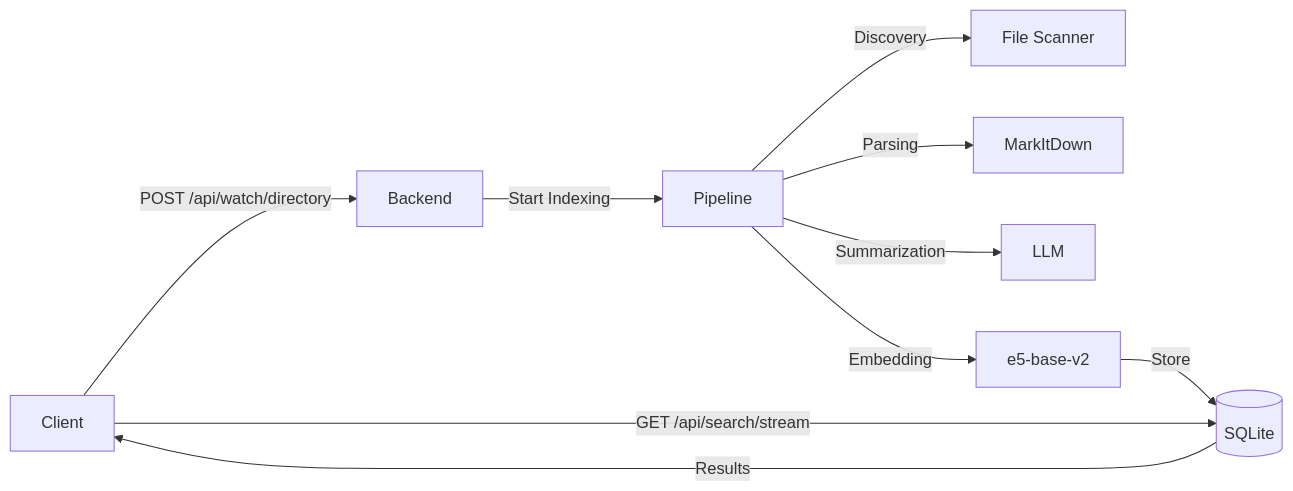
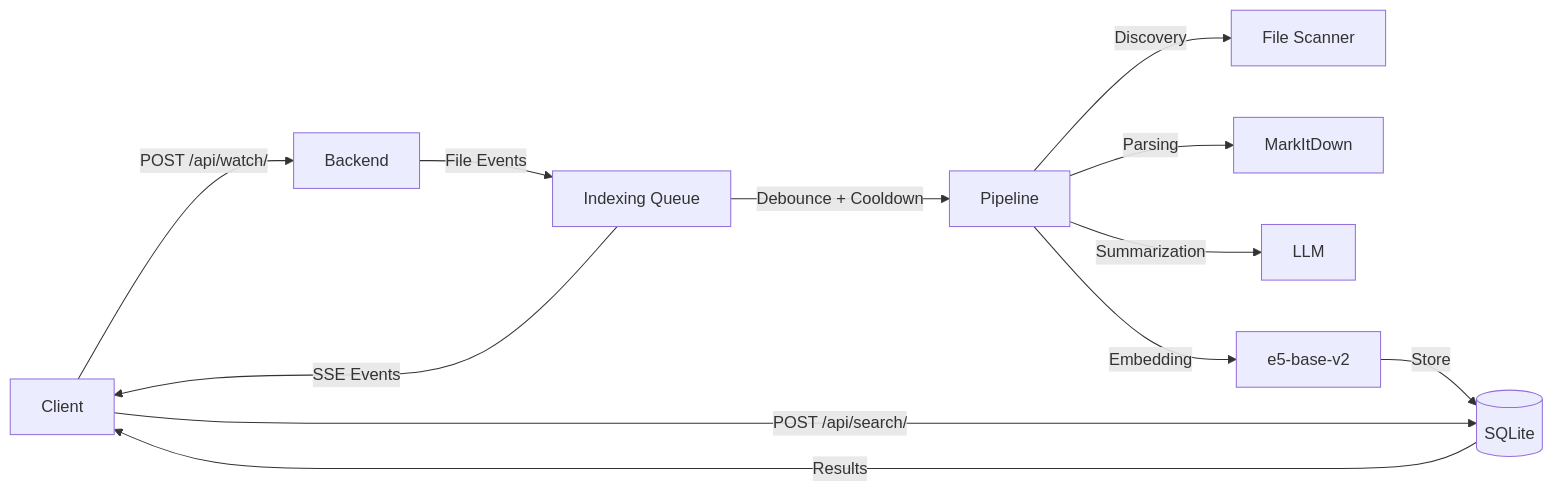
The diagram in api-reference/introduction.mdx (cosmasense/docs), drawn with Mermaid before and after one commit. The commit also changed other lines of this file and 19 other files, not shown here.

First line of the commit message:
Rewrite API docs for indexing queue and all 25 endpoints

````diff
--- a/api-reference/introduction.mdx
+++ b/api-reference/introduction.mdx
@@ -77,12 +68,14 @@
 ```mermaid
 graph LR
-    A[Client] -->|POST /api/watch/directory| B[Backend]
-    B -->|Start Indexing| C[Pipeline]
+    A[Client] -->|POST /api/watch/| B[Backend]
+    B -->|File Events| Q[Indexing Queue]
+    Q -->|Debounce + Cooldown| C[Pipeline]
     C -->|Discovery| D[File Scanner]
     C -->|Parsing| E[MarkItDown]
     C -->|Summarization| F[LLM]
     C -->|Embedding| G[e5-base-v2]
     G -->|Store| H[(SQLite)]
-    A -->|GET /api/search/stream| H
+    A -->|POST /api/search/| H
     H -->|Results| A
+    Q -->|SSE Events| A
 ```
````
